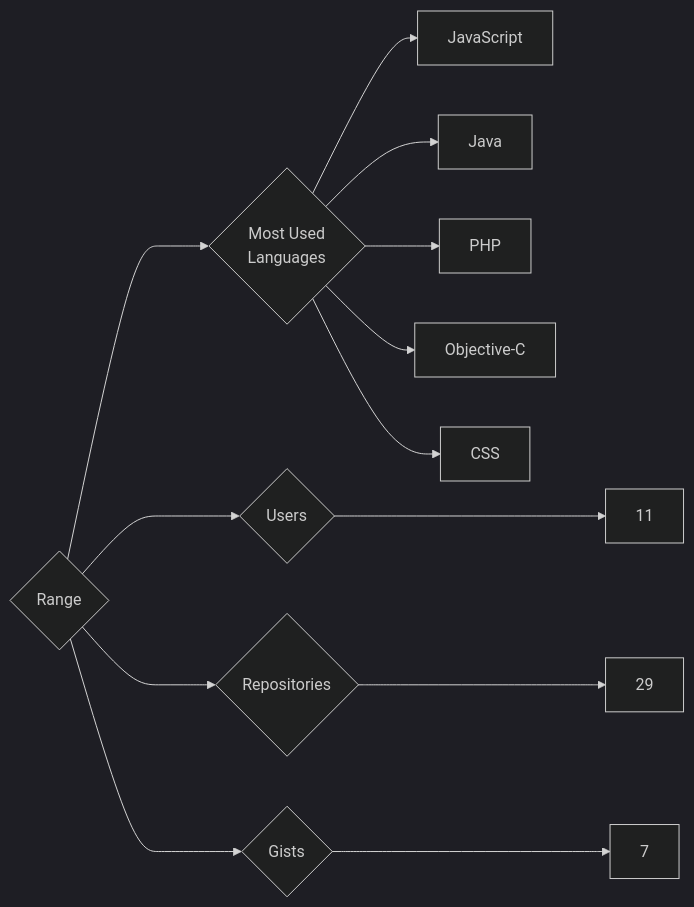
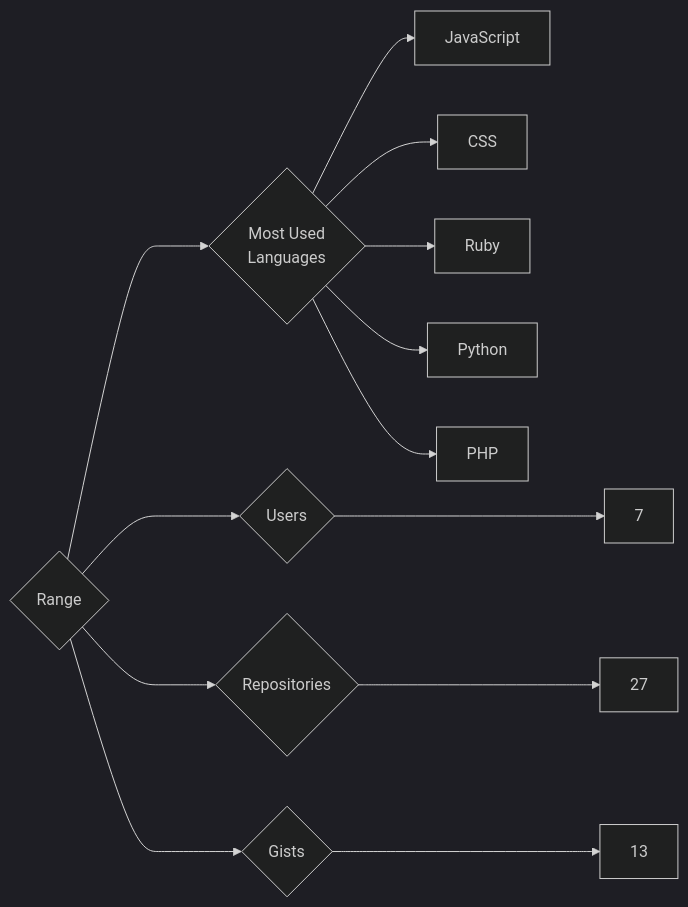
The diagram in targets/Range/README.md (trickest/insiders), drawn with Mermaid (dark theme) before and after one commit. The commit also changed 903 other files, not shown here.

````diff
--- a/targets/Range/README.md
+++ b/targets/Range/README.md
@@ -3,13 +3,13 @@
 ```mermaid
 graph LR
 COMPANY_NAME{Range}
-COMPANY_NAME ---> U{Users} ---> UN[11]
-COMPANY_NAME ---> R{Repositories} ---> RN[29]
-COMPANY_NAME ---> G{Gists} ---> GN[7]
+COMPANY_NAME ---> U{Users} ---> UN[7]
+COMPANY_NAME ---> R{Repositories} ---> RN[27]
+COMPANY_NAME ---> G{Gists} ---> GN[13]
 COMPANY_NAME ---> ML{Most Used<br>Languages}
 ML --> JavaScript[JavaScript]
-ML --> Java[Java]
+ML --> CSS[CSS]
+ML --> Ruby[Ruby]
+ML --> Python[Python]
 ML --> PHP[PHP]
-ML --> Objective-C[Objective-C]
-ML --> CSS[CSS]
 ```
````
